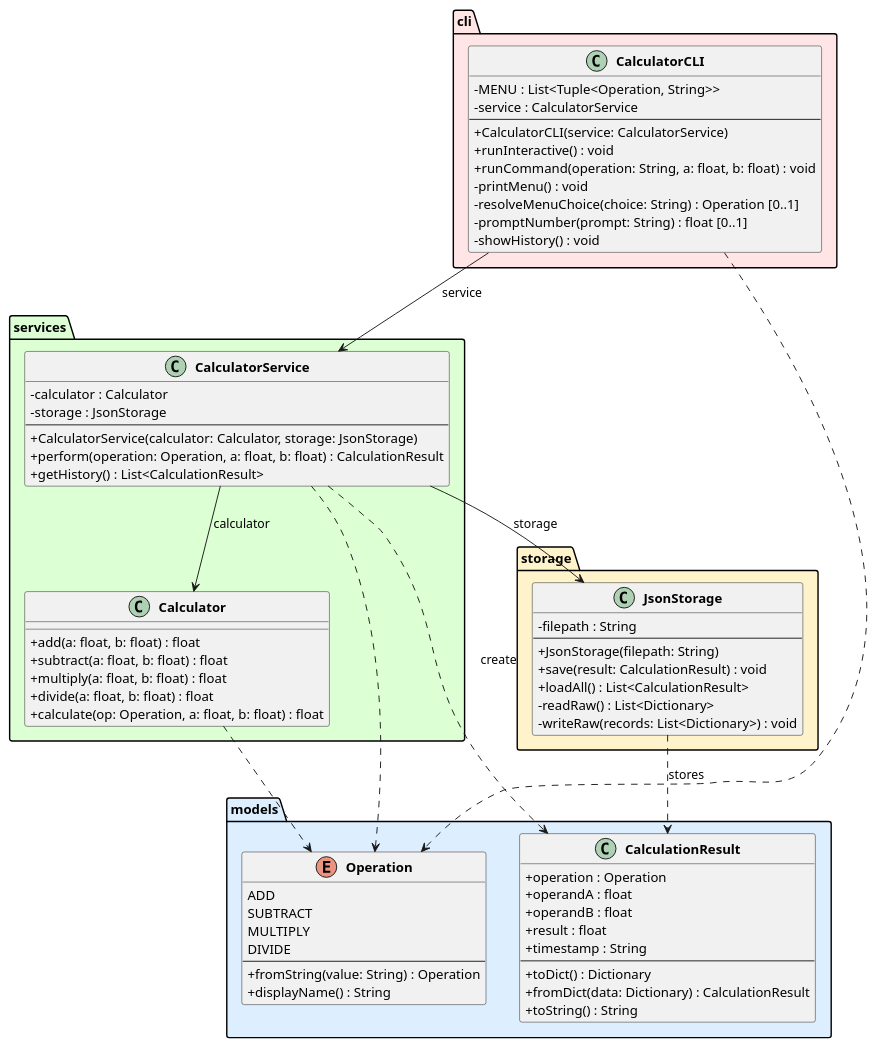
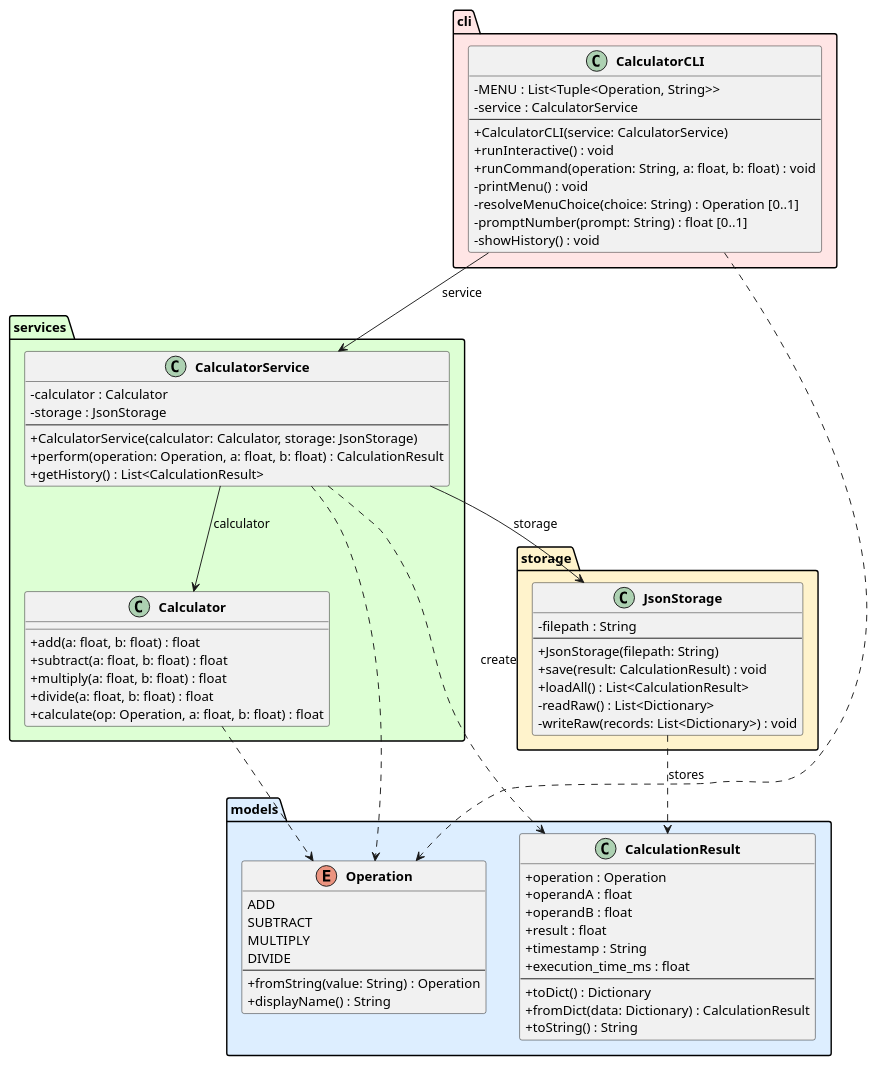
One commit to DanielRiha8906/Software_autoevolution_using_agents changed the diagram in experiments/pipeline/structured_text/calculator/artifacts/class_diagram.puml. Above: the diagram before and after it, drawn with PlantUML. The commit also changed 7 other files, not shown here.

```diff
--- a/experiments/pipeline/structured_text/calculator/artifacts/class_diagram.puml
+++ b/experiments/pipeline/structured_text/calculator/artifacts/class_diagram.puml
@@ -1,86 +1,87 @@
 @startuml class_diagram
 
 skinparam classAttributeIconSize 0
 skinparam classFontStyle bold
 
 package "models" #DDEEFF {
     enum Operation {
         ADD
         SUBTRACT
         MULTIPLY
         DIVIDE
         --
         +fromString(value: String) : Operation
         +displayName() : String
     }
 
     class CalculationResult {
         +operation : Operation
         +operandA : float
         +operandB : float
         +result : float
         +timestamp : String
+        +execution_time_ms : float
         --
         +toDict() : Dictionary
         +fromDict(data: Dictionary) : CalculationResult
         +toString() : String
     }
 }
 
 package "services" #DDFFD4 {
     class Calculator {
         +add(a: float, b: float) : float
         +subtract(a: float, b: float) : float
         +multiply(a: float, b: float) : float
         +divide(a: float, b: float) : float
         +calculate(op: Operation, a: float, b: float) : float
     }
 
     class CalculatorService {
         -calculator : Calculator
         -storage : JsonStorage
         --
         +CalculatorService(calculator: Calculator, storage: JsonStorage)
         +perform(operation: Operation, a: float, b: float) : CalculationResult
         +getHistory() : List<CalculationResult>
     }
 }
 
 package "storage" #FFF3CC {
     class JsonStorage {
         -filepath : String
         --
         +JsonStorage(filepath: String)
         +save(result: CalculationResult) : void
         +loadAll() : List<CalculationResult>
         -readRaw() : List<Dictionary>
         -writeRaw(records: List<Dictionary>) : void
     }
 }
 
 package "cli" #FFE5E5 {
     class CalculatorCLI {
         -MENU : List<Tuple<Operation, String>>
         -service : CalculatorService
         --
         +CalculatorCLI(service: CalculatorService)
         +runInteractive() : void
         +runCommand(operation: String, a: float, b: float) : void
         -printMenu() : void
         -resolveMenuChoice(choice: String) : Operation [0..1]
         -promptNumber(prompt: String) : float [0..1]
         -showHistory() : void
     }
 }
 
 CalculatorCLI --> CalculatorService : service
 CalculatorService --> Calculator : calculator
 CalculatorService --> JsonStorage : storage
 
 CalculatorService ..> CalculationResult : create
 CalculatorService ..> Operation
 CalculatorCLI ..> Operation
 Calculator ..> Operation
 JsonStorage ..> CalculationResult : stores
 
 @enduml
```
